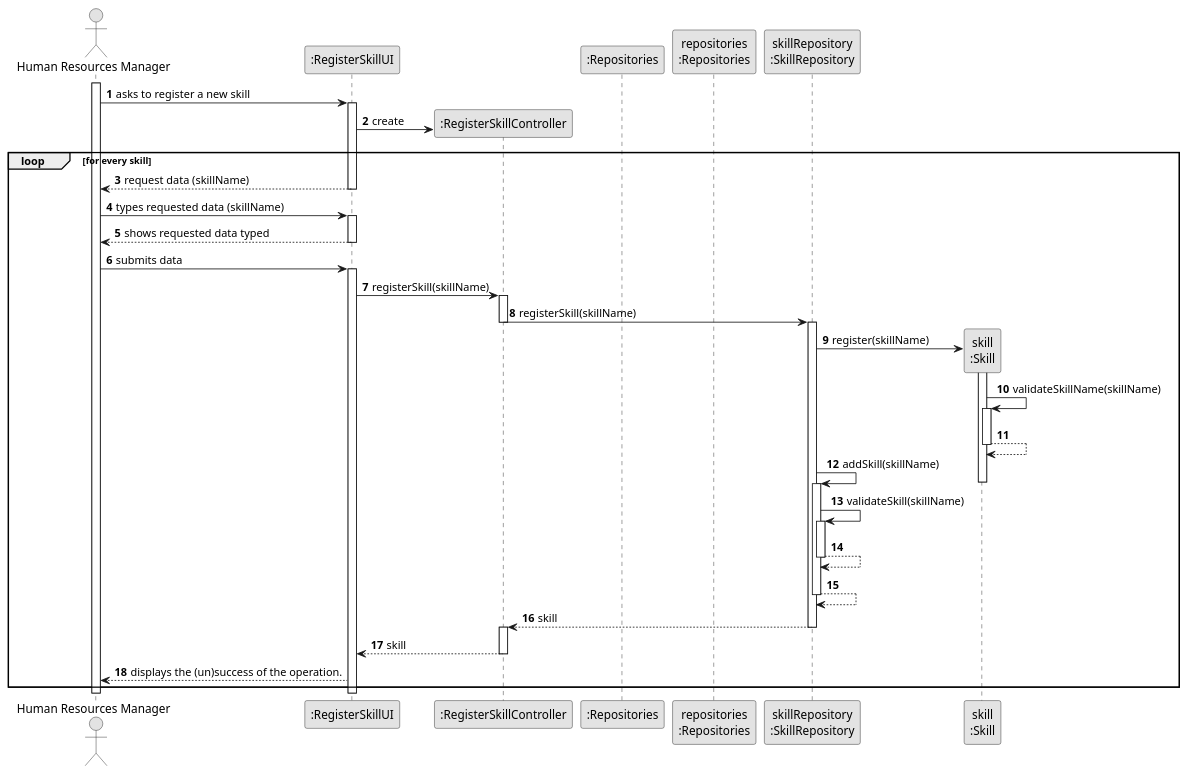
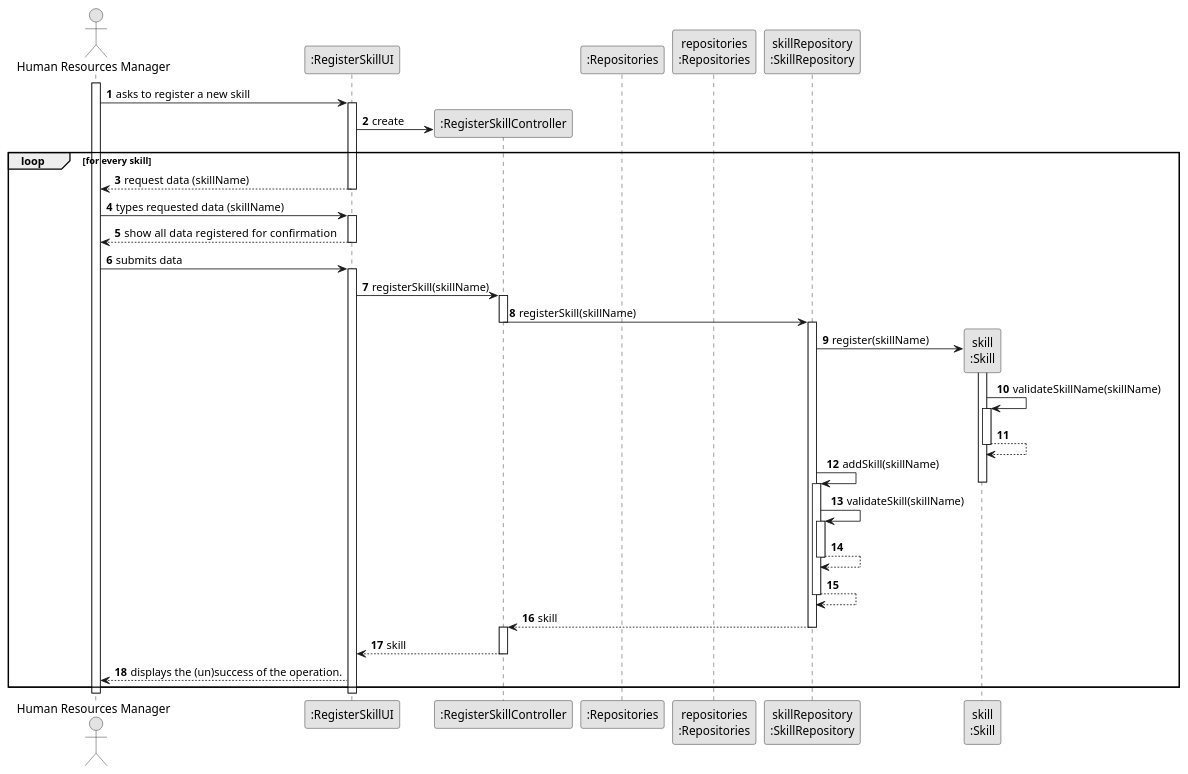
One commit to SAEmanuel/Green_Spaces_Management_ISEP changed the diagram in docs/sprintB/us001/03.design/puml/us001-sequence-diagram-full.puml. Above: the diagram before and after it, drawn with PlantUML. The commit also changed 1 other file, not shown here.

Commit message:
US001 - desing (class diagram) v2.1.0

```diff
--- a/docs/sprintB/us001/03.design/puml/us001-sequence-diagram-full.puml
+++ b/docs/sprintB/us001/03.design/puml/us001-sequence-diagram-full.puml
@@ -1,115 +1,115 @@
 @startuml
 skinparam monochrome true
 skinparam packageStyle rectangle
 skinparam shadowing false
 
 autonumber
 
 'hide footbox
 actor "Human Resources Manager" as HRM
 participant ":RegisterSkillUI" as UI
 participant ":RegisterSkillController" as CTRL
 participant ":Repositories" as RepositorySingleton
 participant "repositories\n:Repositories" as PLAT
 participant "skillRepository\n:SkillRepository" as skillRepository
 participant "skill\n:Skill" as EMPREGO
 
 activate HRM
 
         HRM -> UI : asks to register a new skill
 
 
         activate UI
 
         UI -> CTRL** : create
 
 
 '            UI -> CTRL : getSkillList()
 '            activate CTRL
 '
 '                CTRL -> RepositorySingleton : getInstance()
 '                activate RepositorySingleton
 '
 '                    RepositorySingleton --> CTRL: repositories
 '                deactivate RepositorySingleton
 '
 '                CTRL -> PLAT : getSkillRepository()
 '                activate PLAT
 '
 '                    PLAT --> CTRL: skillListRepository
 '                deactivate PLAT
 '
 '                CTRL -> skillRepository : getSkillList()
 '                activate skillRepository
 '
 '                    skillRepository --> CTRL : skillList
 '                deactivate skillRepository
 '
 '                CTRL --> UI : skillList
 '            deactivate CTRL
 
 '            UI --> HRM : show skill list
 loop for every skill
             UI --> HRM : request data (skillName)
         deactivate UI
 
 
     HRM -> UI : types requested data (skillName)
     activate UI
 
-        UI --> HRM : shows requested data typed
+        UI --> HRM : show all data registered  for confirmation
         deactivate UI
 
         HRM -> UI : submits data
             activate UI
 
 
             UI -> CTRL : registerSkill(skillName)
             activate CTRL
 
 
                 CTRL -> skillRepository: registerSkill(skillName)
                 deactivate CTRL
                 activate skillRepository
 
 
 
                 skillRepository -> EMPREGO**: register(skillName)
 
                 activate EMPREGO
 
                     EMPREGO -> EMPREGO : validateSkillName(skillName)
                     activate EMPREGO
                         EMPREGO --> EMPREGO
 
 
 
 
 
 
 
 
                 deactivate EMPREGO
                                     skillRepository -> skillRepository: addSkill(skillName)
                 deactivate EMPREGO
                                     activate skillRepository
                                         skillRepository -> skillRepository: validateSkill(skillName)
                                         activate skillRepository
                                             skillRepository --> skillRepository
                                         deactivate skillRepository
 
                                         skillRepository --> skillRepository
                                     deactivate skillRepository
 
                                     skillRepository --> CTRL : skill
                                     deactivate skillRepository
                                     activate CTRL
 
                 CTRL --> UI: skill
                 deactivate CTRL
                 UI --> HRM: displays the (un)success of the operation.
 end
         deactivate UI
     deactivate HRM
 
 @enduml
```
